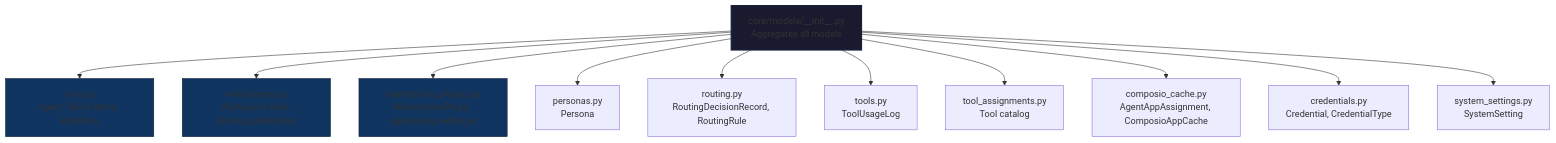
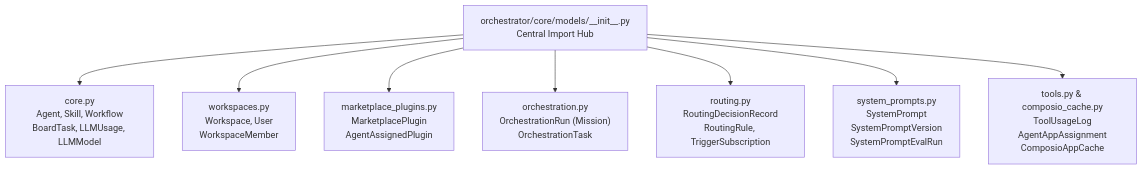
Before and after one commit to AutomatosAI/automatos-ai: the first of 3 diagrams in docs/backend-architecture/database-models.md, drawn with Mermaid. The commit also changed other lines of this file and 149 other files, not shown here.

Commit message:
docs: refresh documentation with graphify semantic scan

````diff
--- a/docs/backend-architecture/database-models.md
+++ b/docs/backend-architecture/database-models.md
@@ -36,32 +30,20 @@
 ```mermaid
 graph TB
-    Init["core/models/__init__.py<br/>Aggregates all models"]
+    Init["orchestrator/core/models/__init__.py<br/>Central Import Hub"]
     
-    Core["core.py<br/>Agent, Skill, Pattern, Workflow"]
-    Workspaces["workspaces.py<br/>Workspace, User, WorkspaceMember"]
-    Plugins["marketplace_plugins.py<br/>MarketplacePlugin, AgentAssignedPlugin"]
-    Personas["personas.py<br/>Persona"]
-    Routing["routing.py<br/>RoutingDecisionRecord, RoutingRule"]
-    Tools["tools.py<br/>ToolUsageLog"]
-    ToolAssign["tool_assignments.py<br/>Tool catalog"]
-    ComposioCache["composio_cache.py<br/>AgentAppAssignment, ComposioAppCache"]
-    Credentials["credentials.py<br/>Credential, CredentialType"]
-    SystemSettings["system_settings.py<br/>SystemSetting"]
+    CorePy["core.py<br/>Agent, Skill, Workflow<br/>BoardTask, LLMUsage, LLMModel"]
+    WorkspacesPy["workspaces.py<br/>Workspace, User<br/>WorkspaceMember"]
+    PluginsPy["marketplace_plugins.py<br/>MarketplacePlugin<br/>AgentAssignedPlugin"]
+    OrchPy["orchestration.py<br/>OrchestrationRun (Mission)<br/>OrchestrationTask"]
+    RoutingPy["routing.py<br/>RoutingDecisionRecord<br/>RoutingRule, TriggerSubscription"]
+    SystemPy["system_prompts.py<br/>SystemPrompt<br/>SystemPromptVersion<br/>SystemPromptEvalRun"]
+    ToolsPy["tools.py & composio_cache.py<br/>ToolUsageLog<br/>AgentAppAssignment<br/>ComposioAppCache"]
     
-    Init --> Core
-    Init --> Workspaces
-    Init --> Plugins
-    Init --> Personas
-    Init --> Routing
-    Init --> Tools
-    Init --> ToolAssign
-    Init --> ComposioCache
-    Init --> Credentials
-    Init --> SystemSettings
-    
-    classDef primary fill:#1a1a2e,stroke:#16213e,stroke-width:2px
-    classDef secondary fill:#0f3460,stroke:#16213e,stroke-width:1px
-    
-    class Init primary
-    class Core,Workspaces,Plugins secondary
+    Init --> CorePy
+    Init --> WorkspacesPy
+    Init --> PluginsPy
+    Init --> OrchPy
+    Init --> RoutingPy
+    Init --> SystemPy
+    Init --> ToolsPy
 ```
````
